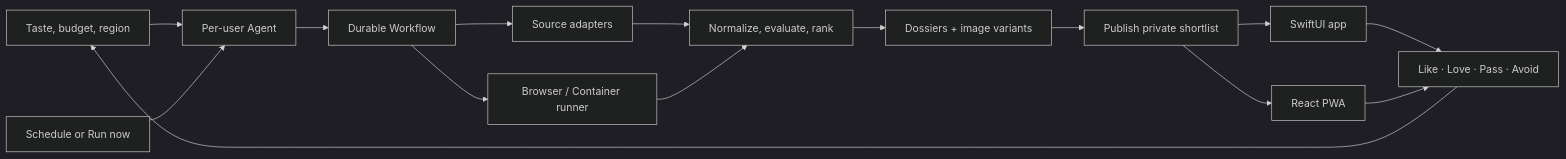
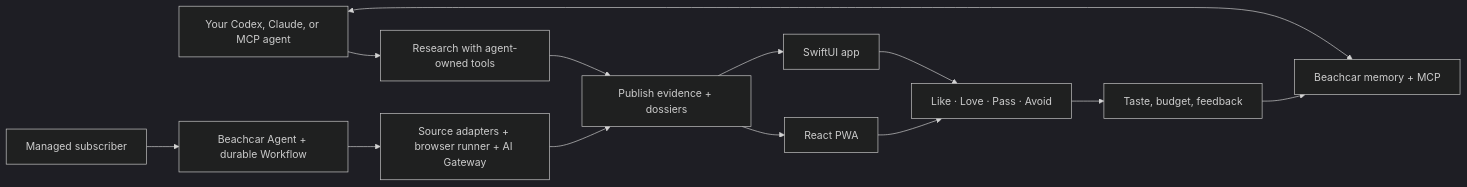
The first of 2 diagrams in README.md (joncooper/beachcar), drawn with Mermaid (dark theme) before and after one commit. The commit also changed other lines of this file and 46 other files, not shown here.

````diff
--- a/README.md
+++ b/README.md
@@ -53,17 +62,15 @@
 ```mermaid
 flowchart LR
-    A["Taste, budget, region"] --> B["Per-user Agent"]
-    K["Schedule or Run now"] --> B
-    B --> C["Durable Workflow"]
-    C --> D["Source adapters"]
-    C --> E["Browser / Container runner"]
-    D --> F["Normalize, evaluate, rank"]
-    E --> F
-    F --> G["Dossiers + image variants"]
-    G --> H["Publish private shortlist"]
-    H --> I["SwiftUI app"]
-    H --> J["React PWA"]
+    A["Taste, budget, feedback"] --> M["Beachcar memory + MCP"]
+    X["Your Codex, Claude, or MCP agent"] <--> M
+    X --> R["Research with agent-owned tools"]
+    S["Managed subscriber"] --> B["Beachcar Agent + durable Workflow"]
+    B --> R2["Source adapters + browser runner + AI Gateway"]
+    R --> P["Publish evidence + dossiers"]
+    R2 --> P
+    P --> I["SwiftUI app"]
+    P --> J["React PWA"]
     I --> L["Like · Love · Pass · Avoid"]
     J --> L
     L --> A
 ```
````
